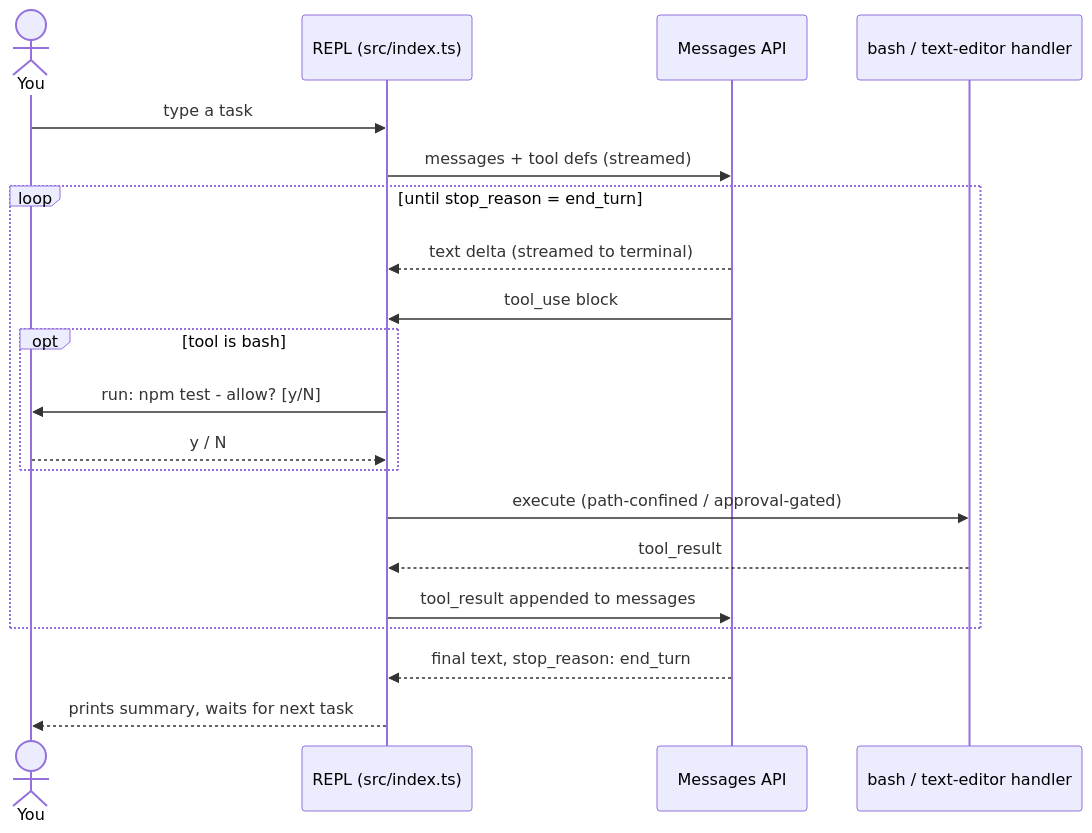
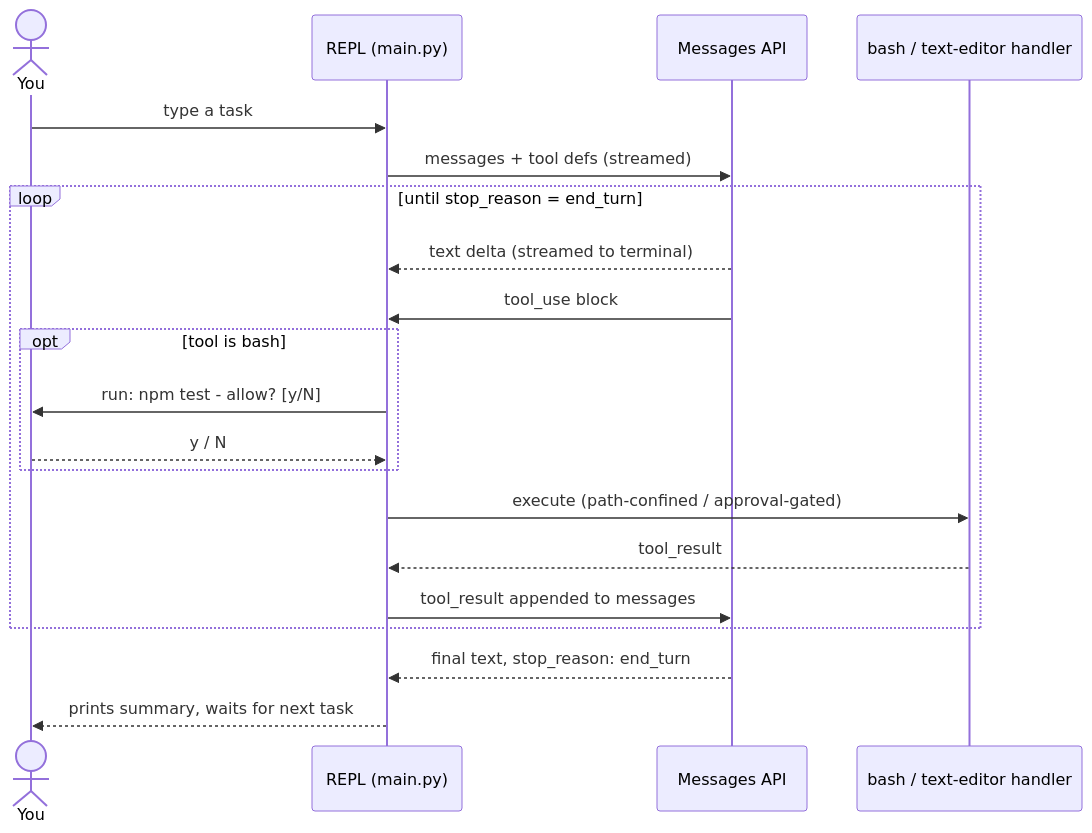
Before and after one commit to technomad641/coding-agent-cli: the second of 2 diagrams in README.md, drawn with Mermaid. The commit also changed other lines of this file and 10 other files, not shown here.

````diff
--- a/README.md
+++ b/README.md
@@ -114,27 +118,27 @@
 ```mermaid
 sequenceDiagram
     actor You
-    participant CLI as REPL (src/index.ts)
+    participant CLI as REPL (main.py)
     participant Claude as Messages API
     participant Tool as bash / text-editor handler
 
     You->>CLI: type a task
     CLI->>Claude: messages + tool defs (streamed)
 
     loop until stop_reason = end_turn
         Claude-->>CLI: text delta (streamed to terminal)
         Claude->>CLI: tool_use block
 
         opt tool is bash
             CLI->>You: run: npm test - allow? [y/N]
             You-->>CLI: y / N
         end
 
         CLI->>Tool: execute (path-confined / approval-gated)
         Tool-->>CLI: tool_result
         CLI->>Claude: tool_result appended to messages
     end
 
     Claude-->>CLI: final text, stop_reason: end_turn
     CLI-->>You: prints summary, waits for next task
 ```
````
